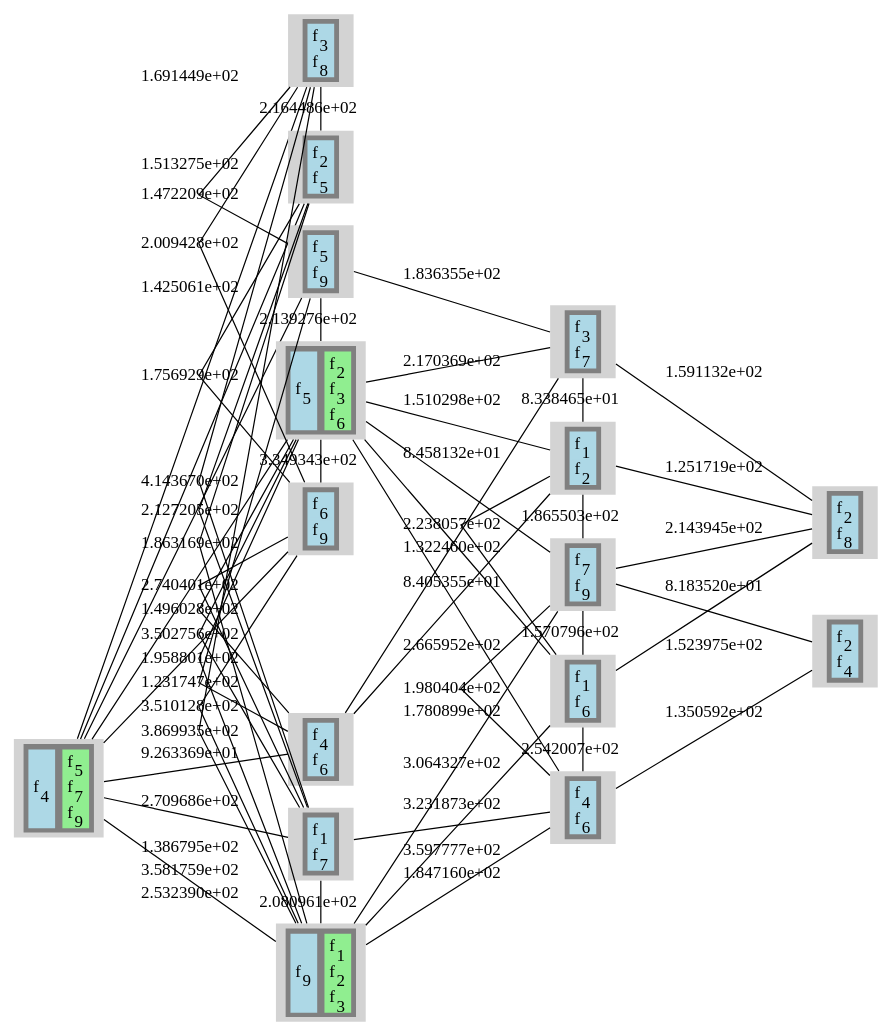
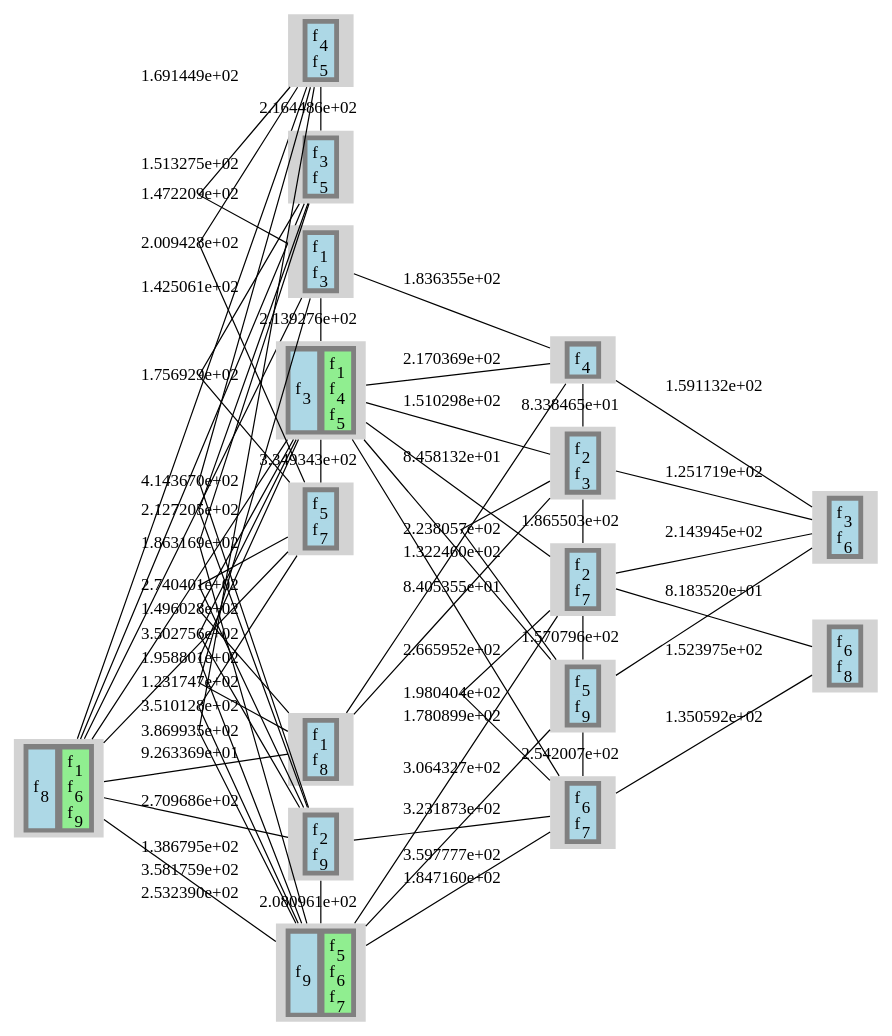
The diagram in output/newyork_16_49/gv/graphPrint.gv (prateekshyap/SFC_Placement_in_VNF), drawn with Graphviz before and after one commit. The commit also changed 15 other files, not shown here.

```diff
--- a/output/newyork_16_49/gv/graphPrint.gv
+++ b/output/newyork_16_49/gv/graphPrint.gv
@@ -13,14 +13,14 @@
 <TR>
 <TD>
 <TABLE BORDER="0" BGCOLOR="lightblue">
-<TR><TD PORT="f17" BGCOLOR="lightblue">f<SUB>4</SUB></TD></TR>
+<TR><TD PORT="f32" BGCOLOR="lightblue">f<SUB>8</SUB></TD></TR>
 </TABLE>
 </TD>
 <TD>
 <TABLE BORDER="0" BGCOLOR="lightgreen">
-<TR><TD PORT="f22" BGCOLOR="lightgreen">f<SUB>5</SUB></TD></TR>
-<TR><TD PORT="f30" BGCOLOR="lightgreen">f<SUB>7</SUB></TD></TR>
-<TR><TD PORT="f35" BGCOLOR="lightgreen">f<SUB>9</SUB></TD></TR>
+<TR><TD PORT="f2" BGCOLOR="lightgreen">f<SUB>1</SUB></TD></TR>
+<TR><TD PORT="f26" BGCOLOR="lightgreen">f<SUB>6</SUB></TD></TR>
+<TR><TD PORT="f36" BGCOLOR="lightgreen">f<SUB>9</SUB></TD></TR>
 </TABLE>
 </TD>
 </TR>
@@ -32,8 +32,8 @@
 <TR>
 <TD>
 <TABLE BORDER="0" BGCOLOR="lightblue">
-<TR><TD PORT="f13" BGCOLOR="lightblue">f<SUB>3</SUB></TD></TR>
-<TR><TD PORT="f32" BGCOLOR="lightblue">f<SUB>8</SUB></TD></TR>
+<TR><TD PORT="f14" BGCOLOR="lightblue">f<SUB>4</SUB></TD></TR>
+<TR><TD PORT="f19" BGCOLOR="lightblue">f<SUB>5</SUB></TD></TR>
 </TABLE>
 </TD>
 </TR>
@@ -45,8 +45,8 @@
 <TR>
 <TD>
 <TABLE BORDER="0" BGCOLOR="lightblue">
-<TR><TD PORT="f8" BGCOLOR="lightblue">f<SUB>2</SUB></TD></TR>
-<TR><TD PORT="f21" BGCOLOR="lightblue">f<SUB>5</SUB></TD></TR>
+<TR><TD PORT="f11" BGCOLOR="lightblue">f<SUB>3</SUB></TD></TR>
+<TR><TD PORT="f20" BGCOLOR="lightblue">f<SUB>5</SUB></TD></TR>
 </TABLE>
 </TD>
 </TR>
@@ -58,8 +58,8 @@
 <TR>
 <TD>
 <TABLE BORDER="0" BGCOLOR="lightblue">
-<TR><TD PORT="f20" BGCOLOR="lightblue">f<SUB>5</SUB></TD></TR>
-<TR><TD PORT="f38" BGCOLOR="lightblue">f<SUB>9</SUB></TD></TR>
+<TR><TD PORT="f4" BGCOLOR="lightblue">f<SUB>1</SUB></TD></TR>
+<TR><TD PORT="f12" BGCOLOR="lightblue">f<SUB>3</SUB></TD></TR>
 </TABLE>
 </TD>
 </TR>
@@ -71,14 +71,14 @@
 <TR>
 <TD>
 <TABLE BORDER="0" BGCOLOR="lightblue">
-<TR><TD PORT="f19" BGCOLOR="lightblue">f<SUB>5</SUB></TD></TR>
+<TR><TD PORT="f8" BGCOLOR="lightblue">f<SUB>3</SUB></TD></TR>
 </TABLE>
 </TD>
 <TD>
 <TABLE BORDER="0" BGCOLOR="lightgreen">
-<TR><TD PORT="f9" BGCOLOR="lightgreen">f<SUB>2</SUB></TD></TR>
-<TR><TD PORT="f12" BGCOLOR="lightgreen">f<SUB>3</SUB></TD></TR>
-<TR><TD PORT="f24" BGCOLOR="lightgreen">f<SUB>6</SUB></TD></TR>
+<TR><TD PORT="f1" BGCOLOR="lightgreen">f<SUB>1</SUB></TD></TR>
+<TR><TD PORT="f13" BGCOLOR="lightgreen">f<SUB>4</SUB></TD></TR>
+<TR><TD PORT="f17" BGCOLOR="lightgreen">f<SUB>5</SUB></TD></TR>
 </TABLE>
 </TD>
 </TR>
@@ -90,8 +90,8 @@
 <TR>
 <TD>
 <TABLE BORDER="0" BGCOLOR="lightblue">
-<TR><TD PORT="f15" BGCOLOR="lightblue">f<SUB>4</SUB></TD></TR>
-<TR><TD PORT="f23" BGCOLOR="lightblue">f<SUB>6</SUB></TD></TR>
+<TR><TD PORT="f3" BGCOLOR="lightblue">f<SUB>1</SUB></TD></TR>
+<TR><TD PORT="f34" BGCOLOR="lightblue">f<SUB>8</SUB></TD></TR>
 </TABLE>
 </TD>
 </TR>
@@ -103,8 +103,8 @@
 <TR>
 <TD>
 <TABLE BORDER="0" BGCOLOR="lightblue">
-<TR><TD PORT="f27" BGCOLOR="lightblue">f<SUB>6</SUB></TD></TR>
-<TR><TD PORT="f37" BGCOLOR="lightblue">f<SUB>9</SUB></TD></TR>
+<TR><TD PORT="f22" BGCOLOR="lightblue">f<SUB>5</SUB></TD></TR>
+<TR><TD PORT="f31" BGCOLOR="lightblue">f<SUB>7</SUB></TD></TR>
 </TABLE>
 </TD>
 </TR>
@@ -116,8 +116,8 @@
 <TR>
 <TD>
 <TABLE BORDER="0" BGCOLOR="lightblue">
-<TR><TD PORT="f3" BGCOLOR="lightblue">f<SUB>1</SUB></TD></TR>
-<TR><TD PORT="f29" BGCOLOR="lightblue">f<SUB>7</SUB></TD></TR>
+<TR><TD PORT="f7" BGCOLOR="lightblue">f<SUB>2</SUB></TD></TR>
+<TR><TD PORT="f37" BGCOLOR="lightblue">f<SUB>9</SUB></TD></TR>
 </TABLE>
 </TD>
 </TR>
@@ -129,14 +129,14 @@
 <TR>
 <TD>
 <TABLE BORDER="0" BGCOLOR="lightblue">
-<TR><TD PORT="f34" BGCOLOR="lightblue">f<SUB>9</SUB></TD></TR>
+<TR><TD PORT="f35" BGCOLOR="lightblue">f<SUB>9</SUB></TD></TR>
 </TABLE>
 </TD>
 <TD>
 <TABLE BORDER="0" BGCOLOR="lightgreen">
-<TR><TD PORT="f4" BGCOLOR="lightgreen">f<SUB>1</SUB></TD></TR>
-<TR><TD PORT="f7" BGCOLOR="lightgreen">f<SUB>2</SUB></TD></TR>
-<TR><TD PORT="f14" BGCOLOR="lightgreen">f<SUB>3</SUB></TD></TR>
+<TR><TD PORT="f18" BGCOLOR="lightgreen">f<SUB>5</SUB></TD></TR>
+<TR><TD PORT="f23" BGCOLOR="lightgreen">f<SUB>6</SUB></TD></TR>
+<TR><TD PORT="f29" BGCOLOR="lightgreen">f<SUB>7</SUB></TD></TR>
 </TABLE>
 </TD>
 </TR>
@@ -148,8 +148,7 @@
 <TR>
 <TD>
 <TABLE BORDER="0" BGCOLOR="lightblue">
-<TR><TD PORT="f11" BGCOLOR="lightblue">f<SUB>3</SUB></TD></TR>
-<TR><TD PORT="f28" BGCOLOR="lightblue">f<SUB>7</SUB></TD></TR>
+<TR><TD PORT="f15" BGCOLOR="lightblue">f<SUB>4</SUB></TD></TR>
 </TABLE>
 </TD>
 </TR>
@@ -161,8 +160,8 @@
 <TR>
 <TD>
 <TABLE BORDER="0" BGCOLOR="lightblue">
-<TR><TD PORT="f1" BGCOLOR="lightblue">f<SUB>1</SUB></TD></TR>
-<TR><TD PORT="f5" BGCOLOR="lightblue">f<SUB>2</SUB></TD></TR>
+<TR><TD PORT="f6" BGCOLOR="lightblue">f<SUB>2</SUB></TD></TR>
+<TR><TD PORT="f10" BGCOLOR="lightblue">f<SUB>3</SUB></TD></TR>
 </TABLE>
 </TD>
 </TR>
@@ -174,8 +173,8 @@
 <TR>
 <TD>
 <TABLE BORDER="0" BGCOLOR="lightblue">
-<TR><TD PORT="f31" BGCOLOR="lightblue">f<SUB>7</SUB></TD></TR>
-<TR><TD PORT="f36" BGCOLOR="lightblue">f<SUB>9</SUB></TD></TR>
+<TR><TD PORT="f5" BGCOLOR="lightblue">f<SUB>2</SUB></TD></TR>
+<TR><TD PORT="f28" BGCOLOR="lightblue">f<SUB>7</SUB></TD></TR>
 </TABLE>
 </TD>
 </TR>
@@ -187,8 +186,8 @@
 <TR>
 <TD>
 <TABLE BORDER="0" BGCOLOR="lightblue">
-<TR><TD PORT="f2" BGCOLOR="lightblue">f<SUB>1</SUB></TD></TR>
-<TR><TD PORT="f25" BGCOLOR="lightblue">f<SUB>6</SUB></TD></TR>
+<TR><TD PORT="f21" BGCOLOR="lightblue">f<SUB>5</SUB></TD></TR>
+<TR><TD PORT="f38" BGCOLOR="lightblue">f<SUB>9</SUB></TD></TR>
 </TABLE>
 </TD>
 </TR>
@@ -200,8 +199,8 @@
 <TR>
 <TD>
 <TABLE BORDER="0" BGCOLOR="lightblue">
-<TR><TD PORT="f16" BGCOLOR="lightblue">f<SUB>4</SUB></TD></TR>
-<TR><TD PORT="f26" BGCOLOR="lightblue">f<SUB>6</SUB></TD></TR>
+<TR><TD PORT="f27" BGCOLOR="lightblue">f<SUB>6</SUB></TD></TR>
+<TR><TD PORT="f30" BGCOLOR="lightblue">f<SUB>7</SUB></TD></TR>
 </TABLE>
 </TD>
 </TR>
@@ -213,8 +212,8 @@
 <TR>
 <TD>
 <TABLE BORDER="0" BGCOLOR="lightblue">
-<TR><TD PORT="f10" BGCOLOR="lightblue">f<SUB>2</SUB></TD></TR>
-<TR><TD PORT="f33" BGCOLOR="lightblue">f<SUB>8</SUB></TD></TR>
+<TR><TD PORT="f9" BGCOLOR="lightblue">f<SUB>3</SUB></TD></TR>
+<TR><TD PORT="f24" BGCOLOR="lightblue">f<SUB>6</SUB></TD></TR>
 </TABLE>
 </TD>
 </TR>
@@ -226,8 +225,8 @@
 <TR>
 <TD>
 <TABLE BORDER="0" BGCOLOR="lightblue">
-<TR><TD PORT="f6" BGCOLOR="lightblue">f<SUB>2</SUB></TD></TR>
-<TR><TD PORT="f18" BGCOLOR="lightblue">f<SUB>4</SUB></TD></TR>
+<TR><TD PORT="f25" BGCOLOR="lightblue">f<SUB>6</SUB></TD></TR>
+<TR><TD PORT="f33" BGCOLOR="lightblue">f<SUB>8</SUB></TD></TR>
 </TABLE>
 </TD>
 </TR>
```
